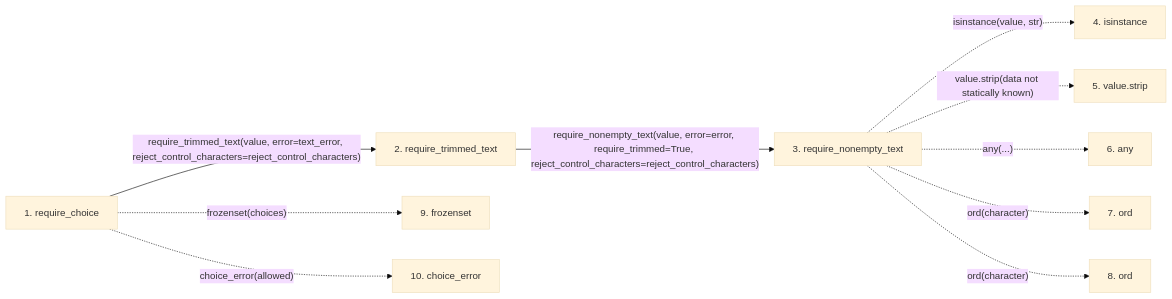
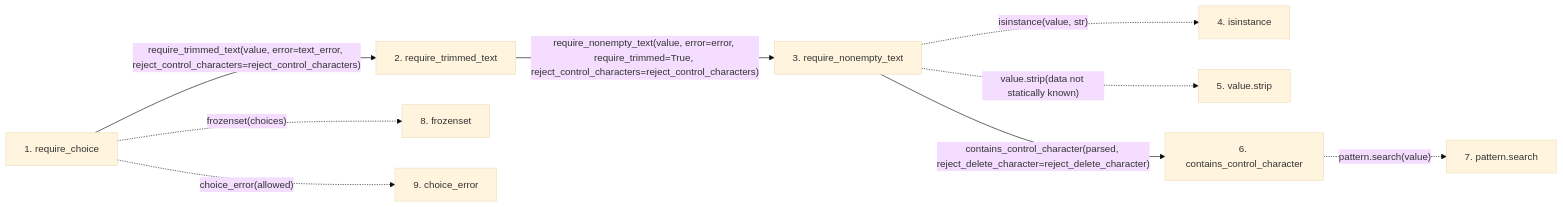
Before and after one commit to Denissvgn/python-wiki-llm: the second of 2 diagrams in docs/llm_wiki/flows/api-require_choice.md, drawn with Mermaid (base theme). The commit also changed other lines of this file and 865 other files, not shown here.

````diff
--- a/docs/llm_wiki/flows/api-require_choice.md
+++ b/docs/llm_wiki/flows/api-require_choice.md
@@ -35,25 +34,24 @@
 ```mermaid
 flowchart LR
     s1["1. require_choice"]
     s2["2. require_trimmed_text"]
     s3["3. require_nonempty_text"]
     s4["4. isinstance"]
     s5["5. value.strip"]
-    s6["6. any"]
-    s7["7. ord"]
-    s8["8. ord"]
-    s9["9. frozenset"]
-    s10["10. choice_error"]
+    s6["6. contains_control_character"]
+    s7["7. pattern.search"]
+    s8["8. frozenset"]
+    s9["9. choice_error"]
     s1 -->|"require_trimmed_text(value, error=text_error, reject_control_characters=reject_control_characters)"| s2
     s2 -->|"require_nonempty_text(value, error=error, require_trimmed=True, reject_control_characters=reject_control_characters)"| s3
     s3 -. "isinstance(value, str)" .-> s4
     s3 -. "value.strip(data not statically known)" .-> s5
-    s3 -. "any(...)" .-> s6
-    s3 -. "ord(character)" .-> s7
-    s3 -. "ord(character)" .-> s8
-    s1 -. "frozenset(choices)" .-> s9
-    s1 -. "choice_error(allowed)" .-> s10
+    s3 -->|"contains_control_character(parsed, reject_delete_character=reject_delete_character)"| s6
+    s6 -. "pattern.search(value)" .-> s7
+    s1 -. "frozenset(choices)" .-> s8
+    s1 -. "choice_error(allowed)" .-> s9
     click s1 "../modules/validation.md"
     click s2 "../modules/validation.md"
     click s3 "../modules/validation.md"
+    click s6 "../modules/validation.md"
 ```
````
